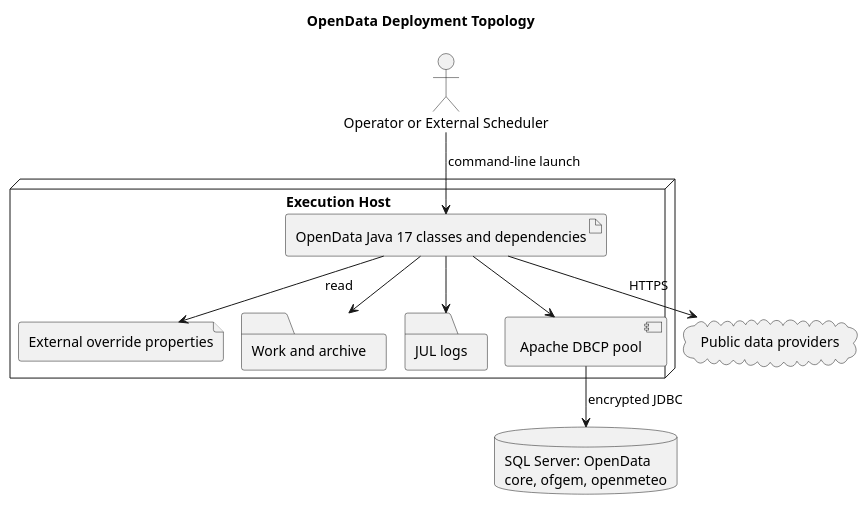
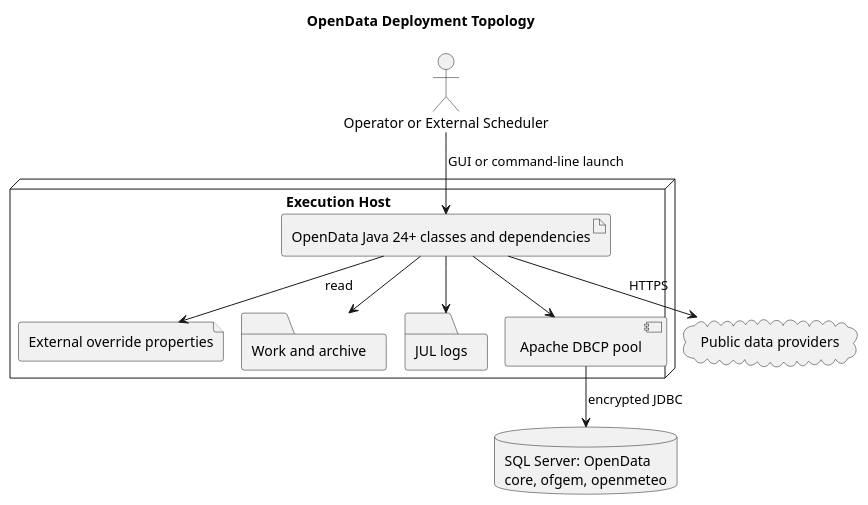
The diagram in docs/diagrams/source/sql-server-deployment.puml (TerryCurranZellis/OpenData), drawn with PlantUML before and after one commit. The commit also changed 268 other files, not shown here.

```diff
--- a/docs/diagrams/source/sql-server-deployment.puml
+++ b/docs/diagrams/source/sql-server-deployment.puml
@@ -1,24 +1,24 @@
 @startuml
 !pragma layout smetana
 title OpenData Deployment Topology
 
 actor "Operator or External Scheduler" as Operator
 node "Execution Host" {
-  artifact "OpenData Java 17 classes and dependencies" as Application
+  artifact "OpenData Java 24+ classes and dependencies" as Application
   file "External override properties" as Config
   folder "Work and archive" as Files
   folder "JUL logs" as Logs
   component "Apache DBCP pool" as Pool
 }
 
 cloud "Public data providers" as Providers
 database "SQL Server: OpenData\ncore, ofgem, openmeteo" as Database
 
-Operator --> Application : command-line launch
+Operator --> Application : GUI or command-line launch
 Application --> Config : read
 Application --> Files
 Application --> Logs
 Application --> Providers : HTTPS
 Application --> Pool
 Pool --> Database : encrypted JDBC
 @enduml
```
